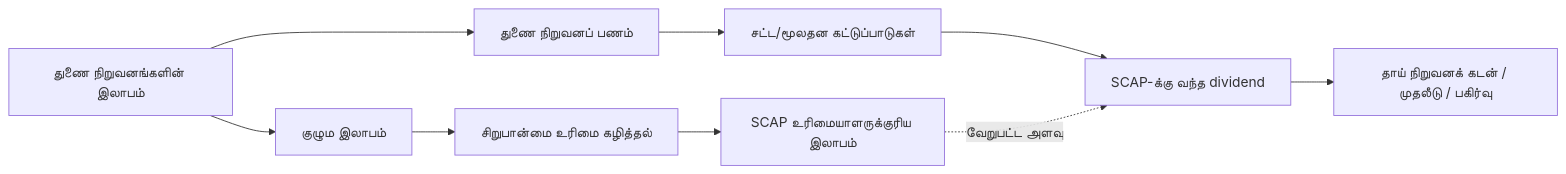
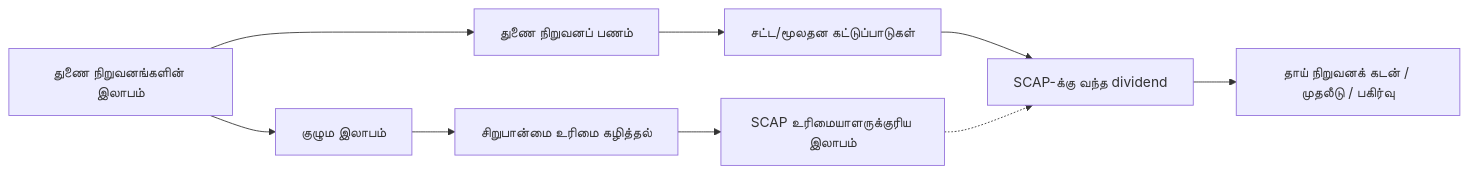
One commit to Gajarthan/SCAP-N0000-Research changed the second of 2 diagrams in ta/reports/business-model.md. Above: the diagram before and after it, drawn with Mermaid. The commit also changed 4 other files, not shown here.

Commit message:
docs(visual): improve multilingual headings and simplify Mermaid edge syntax

````diff
--- a/ta/reports/business-model.md
+++ b/ta/reports/business-model.md
@@ -33,11 +33,11 @@
 ```mermaid
 flowchart LR
   A["துணை நிறுவனங்களின் இலாபம்"] --> B["குழும இலாபம்"]
   B --> C["சிறுபான்மை உரிமை கழித்தல்"]
   C --> D["SCAP உரிமையாளருக்குரிய இலாபம்"]
   A --> E["துணை நிறுவனப் பணம்"]
   E --> F["சட்ட/மூலதன கட்டுப்பாடுகள்"]
   F --> G["SCAP-க்கு வந்த dividend"]
   G --> H["தாய் நிறுவனக் கடன் / முதலீடு / பகிர்வு"]
-  D -. "வேறுபட்ட அளவு" .-> G
+  D -.-> G
 ```
````
